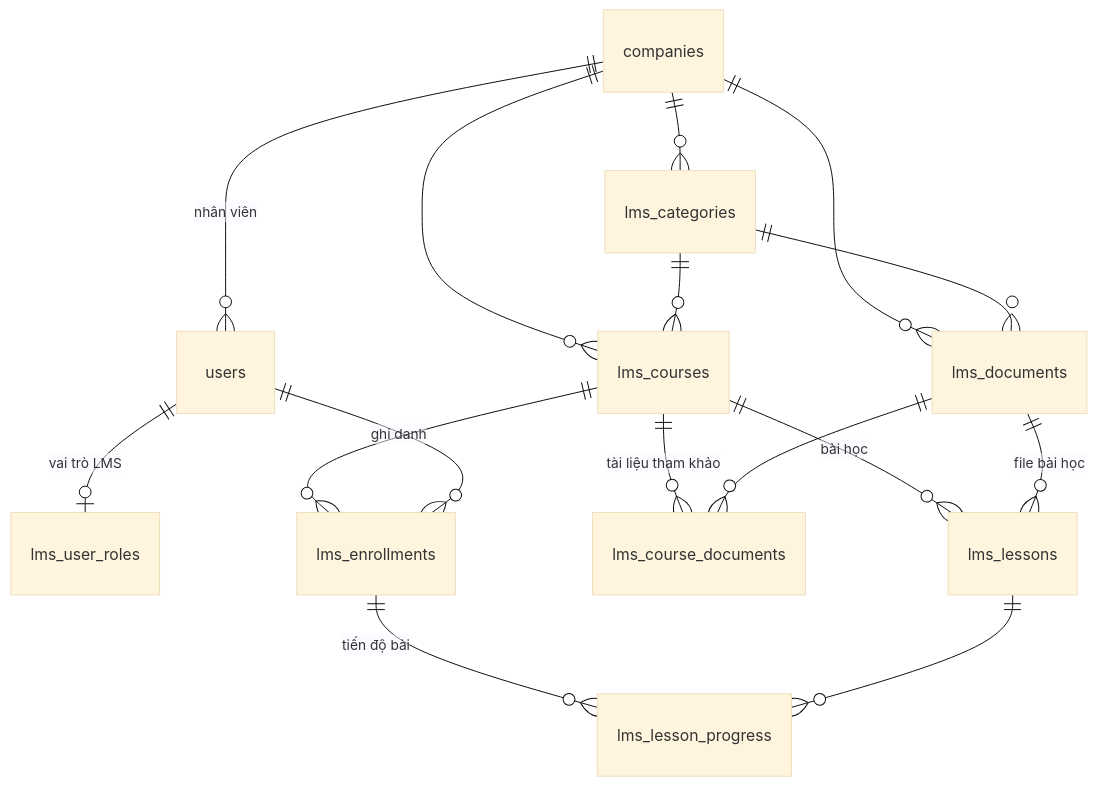
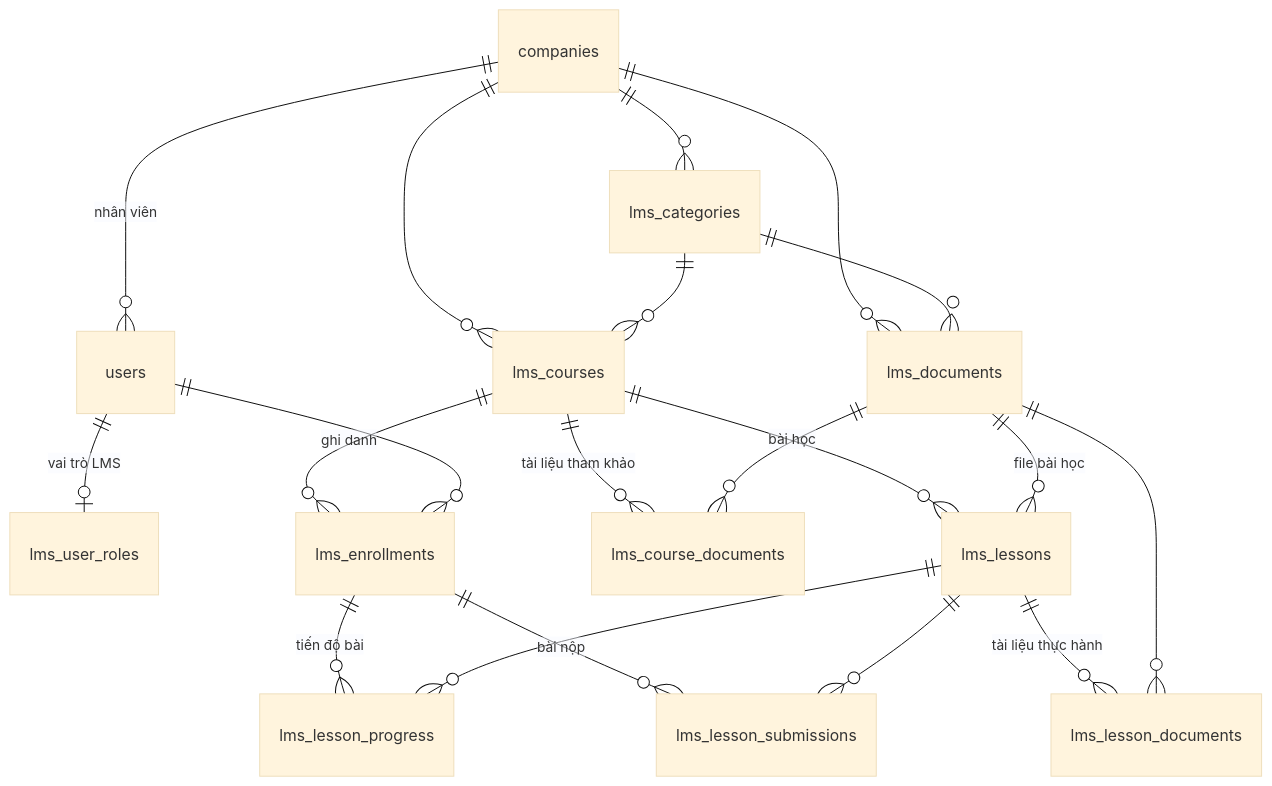
Before and after one commit to DoanThaiA/lms-mcv.network: the diagram in docs/DATABASE.md, drawn with Mermaid (base theme). The commit also changed other lines of this file and 33 other files, not shown here.

````diff
--- a/docs/DATABASE.md
+++ b/docs/DATABASE.md
@@ -20,18 +20,22 @@
 ```mermaid
 erDiagram
     companies ||--o{ users : "nhân viên"
     users ||--o| lms_user_roles : "vai trò LMS"
     companies ||--o{ lms_categories : ""
     companies ||--o{ lms_documents : ""
     companies ||--o{ lms_courses : ""
     lms_categories ||--o{ lms_courses : ""
     lms_categories ||--o{ lms_documents : ""
     lms_courses ||--o{ lms_lessons : "bài học"
     lms_documents ||--o{ lms_lessons : "file bài học"
     lms_courses ||--o{ lms_course_documents : "tài liệu tham khảo"
     lms_documents ||--o{ lms_course_documents : ""
     lms_courses ||--o{ lms_enrollments : "ghi danh"
     users ||--o{ lms_enrollments : ""
     lms_enrollments ||--o{ lms_lesson_progress : "tiến độ bài"
     lms_lessons ||--o{ lms_lesson_progress : ""
+    lms_lessons ||--o{ lms_lesson_documents : "tài liệu thực hành"
+    lms_documents ||--o{ lms_lesson_documents : ""
+    lms_enrollments ||--o{ lms_lesson_submissions : "bài nộp"
+    lms_lessons ||--o{ lms_lesson_submissions : ""
 ```
````
